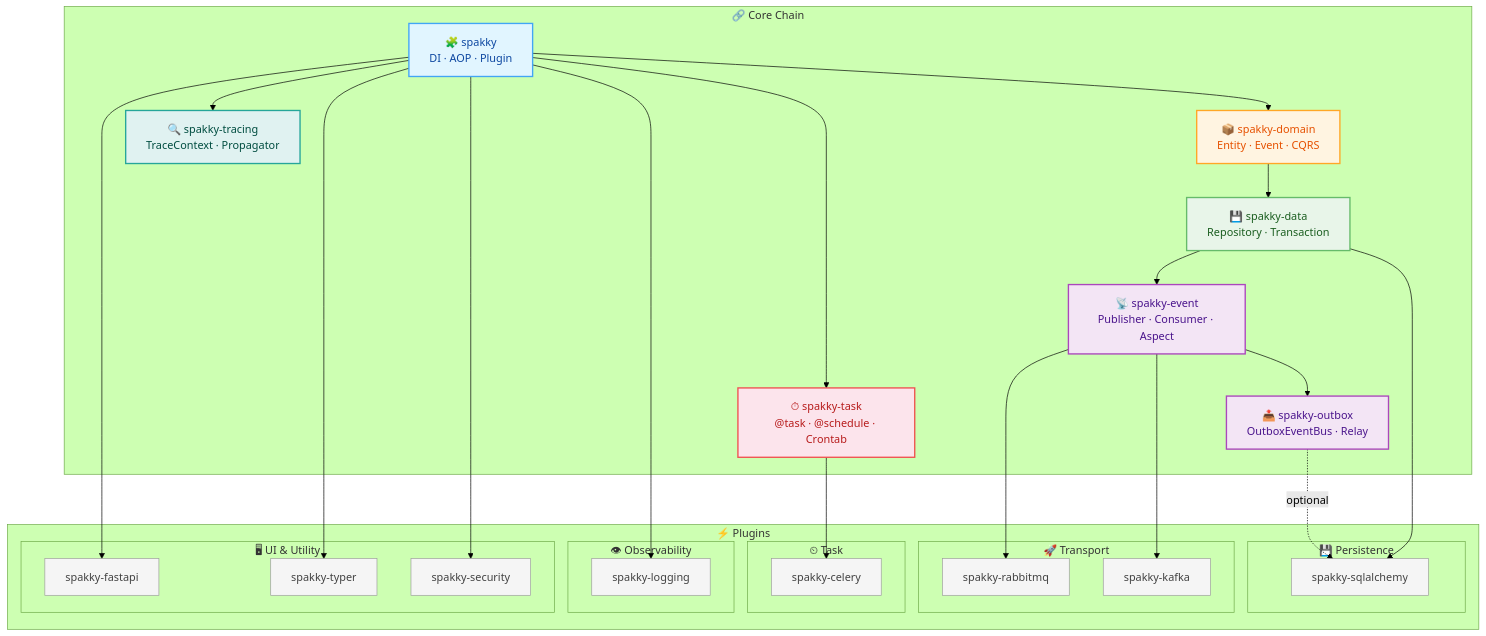
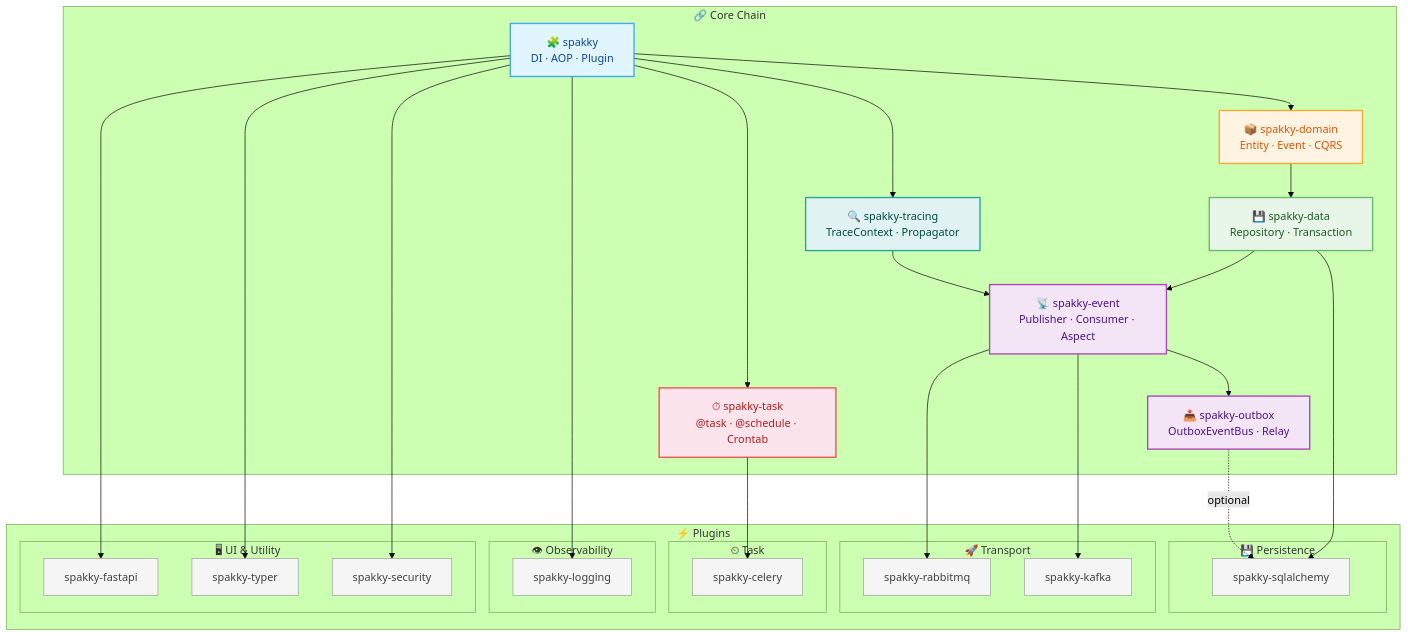
One commit to E5presso/spakky-framework changed the first of 2 diagrams in ARCHITECTURE.md. Above: the diagram before and after it, drawn with Mermaid (forest theme). The commit also changed other lines of this file and 25 other files, not shown here.

First line of the commit message:
feat(event,outbox,tracing): add headers to IEventTransport for trace propagation

````diff
--- a/ARCHITECTURE.md
+++ b/ARCHITECTURE.md
@@ -51,68 +51,69 @@
 ```mermaid
 graph TD
     subgraph core_chain ["🔗 Core Chain"]
         core[🧩 spakky<br/>DI · AOP · Plugin]
 
         core --> domain[📦 spakky-domain<br/>Entity · Event · CQRS]
         core --> task_pkg["⏱ spakky-task<br/>@task · @schedule · Crontab"]
         core --> tracing["🔍 spakky-tracing<br/>TraceContext · Propagator"]
 
         domain --> data[💾 spakky-data<br/>Repository · Transaction]
         data --> event[📡 spakky-event<br/>Publisher · Consumer · Aspect]
+        tracing --> event
         event --> outbox[📤 spakky-outbox<br/>OutboxEventBus · Relay]
     end
 
     subgraph plugins ["⚡ Plugins"]
         subgraph persistence ["💾 Persistence"]
             sqlalchemy[spakky-sqlalchemy]
         end
 
         subgraph transport ["🚀 Transport"]
             rabbitmq[spakky-rabbitmq]
             kafka[spakky-kafka]
         end
 
         subgraph task_plugins ["⏲ Task"]
             celery_plugin[spakky-celery]
         end
 
         subgraph observability ["👁 Observability"]
             logging_pkg[spakky-logging]
         end
 
         subgraph ui ["🖥 UI & Utility"]
             fastapi[spakky-fastapi]
             typer[spakky-typer]
             security[spakky-security]
         end
     end
 
     data --> sqlalchemy
     outbox -.->|optional| sqlalchemy
     event --> rabbitmq
     event --> kafka
     task_pkg --> celery_plugin
     core --> logging_pkg
     core --> fastapi
     core --> typer
     core --> security
 
     %% Styling — Core
     style core fill:#e1f5ff,stroke:#42a5f5,stroke-width:2px,color:#0d47a1
     style domain fill:#fff4e1,stroke:#ffa726,stroke-width:2px,color:#e65100
     style data fill:#e8f5e9,stroke:#66bb6a,stroke-width:2px,color:#1b5e20
     style event fill:#f3e5f5,stroke:#ab47bc,stroke-width:2px,color:#4a148c
     style outbox fill:#f3e5f5,stroke:#ab47bc,stroke-width:2px,color:#4a148c
     style task_pkg fill:#fce4ec,stroke:#ef5350,stroke-width:2px,color:#b71c1c
     style tracing fill:#e0f2f1,stroke:#26a69a,stroke-width:2px,color:#004d40
 
     %% Styling — Plugins
     style sqlalchemy fill:#f5f5f5,stroke:#9e9e9e,color:#424242
     style rabbitmq fill:#f5f5f5,stroke:#9e9e9e,color:#424242
     style kafka fill:#f5f5f5,stroke:#9e9e9e,color:#424242
     style celery_plugin fill:#f5f5f5,stroke:#9e9e9e,color:#424242
     style logging_pkg fill:#f5f5f5,stroke:#9e9e9e,color:#424242
     style fastapi fill:#f5f5f5,stroke:#9e9e9e,color:#424242
     style typer fill:#f5f5f5,stroke:#9e9e9e,color:#424242
     style security fill:#f5f5f5,stroke:#9e9e9e,color:#424242
 ```
````
